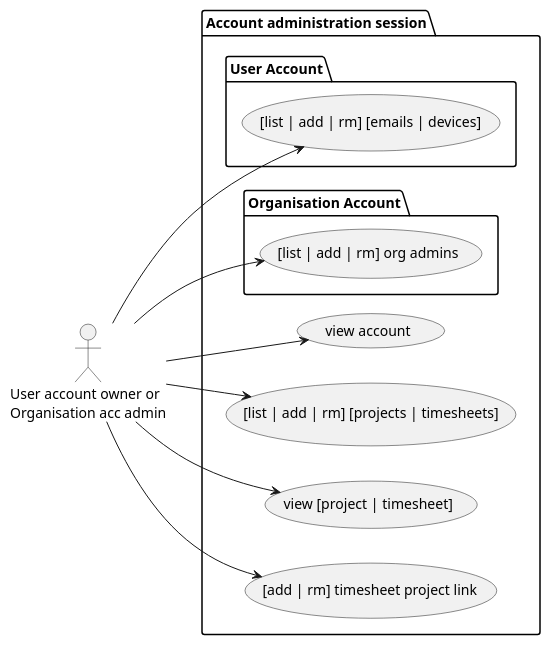
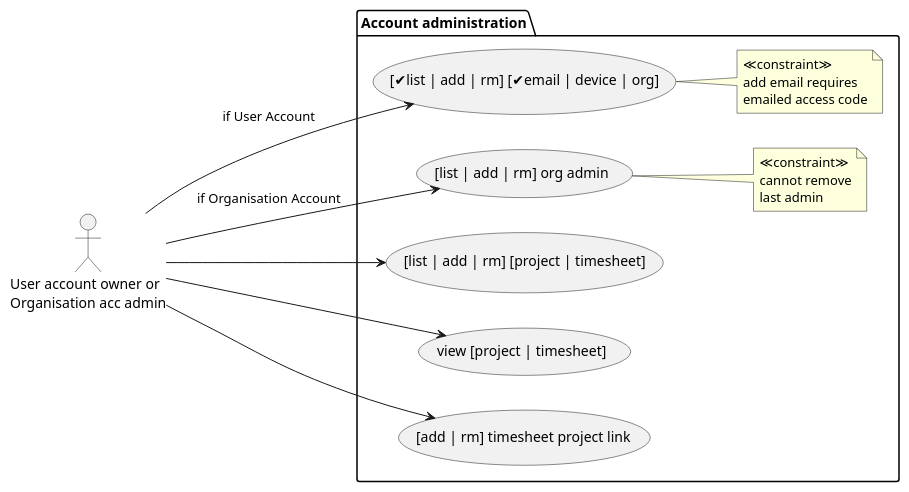
The diagram in architecture/use-case/administration.use-case.puml (m-ld/timeld), drawn with PlantUML before and after one commit. The commit also changed 8 other files, not shown here.

Commit message:
#16: Adding account emails in CLI "admin" REPL

```diff
--- a/architecture/use-case/administration.use-case.puml
+++ b/architecture/use-case/administration.use-case.puml
@@ -1,19 +1,24 @@
 @startuml
 'https://plantuml.com/use-case-diagram
 left to right direction
 
 actor "User account owner or\nOrganisation acc admin" as user
-package "Account administration session" {
-  user --> (view account)
-  package "User Account" {
-    user --> ([list | add | rm] [emails | devices])
-  }
-  package "Organisation Account" {
-    user --> ([list | add | rm] org admins)
-  }
-  user --> ([list | add | rm] [projects | timesheets])
+package "Account administration" {
+  user --> ([✔︎list | add | rm] [✔︎email | device | org]): if User Account
+  note right
+    ≪constraint≫
+    add email requires
+    emailed access code
+  end note
+  user --> ([list | add | rm] org admin): if Organisation Account
+  note right
+    ≪constraint≫
+    cannot remove
+    last admin
+  end note
+  user --> ([list | add | rm] [project | timesheet])
   user --> (view [project | timesheet])
   user --> ([add | rm] timesheet project link)
 }
 
 @enduml
```
